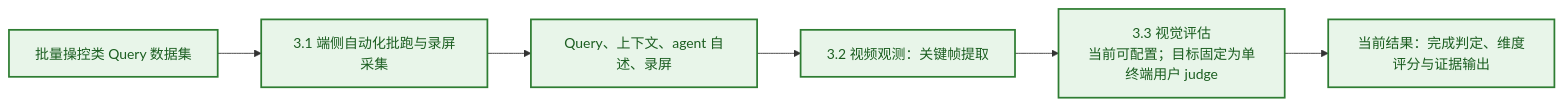
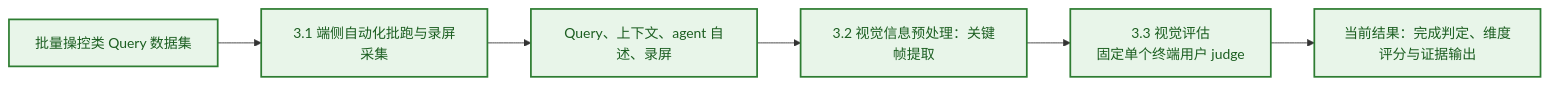
The first of 3 diagrams in docs/操作类评测_设计思路.md (ShadowChris/auto_eval_agent), drawn with Mermaid before and after one commit. The commit also changed other lines of this file and 12 other files, not shown here.

````diff
--- a/docs/操作类评测_设计思路.md
+++ b/docs/操作类评测_设计思路.md
@@ -23,12 +23,12 @@
 ```mermaid
 flowchart LR
     A["批量操控类 Query 数据集"]
     --> B["3.1 端侧自动化批跑与录屏采集"]
     --> C["Query、上下文、agent 自述、录屏"]
-    --> D["3.2 视频观测：关键帧提取"]
-    --> E["3.3 视觉评估<br/>当前可配置；目标固定为单终端用户 judge"]
+    --> D["3.2 视觉信息预处理：关键帧提取"]
+    --> E["3.3 视觉评估<br/>固定单个终端用户 judge"]
     --> F["当前结果：完成判定、维度评分与证据输出"]
 
     classDef implemented fill:#E8F5E9,stroke:#2E7D32,color:#1B5E20,stroke-width:2px
     class A,B,C,D,E,F implemented
 ```
````
